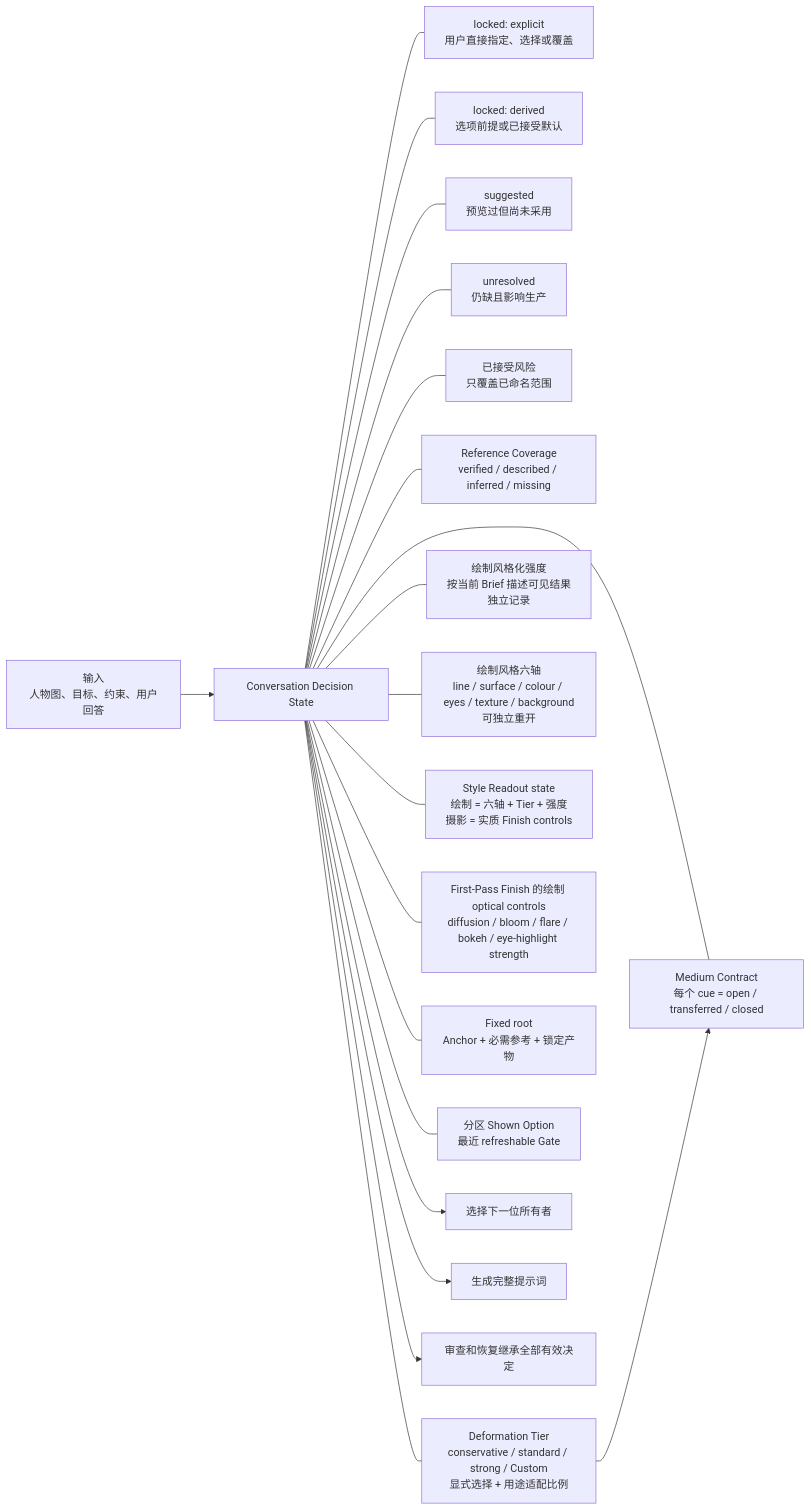
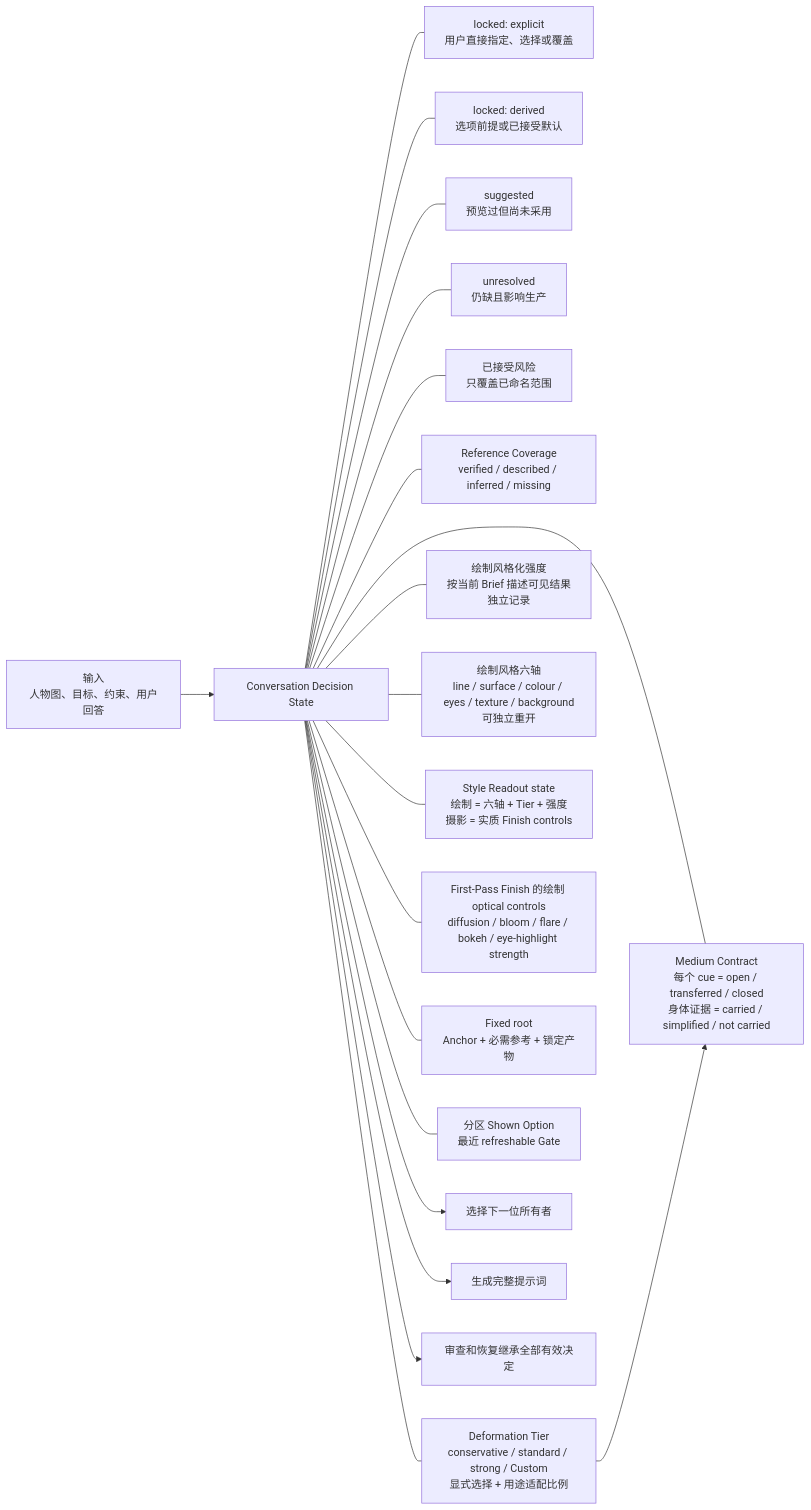
The third of 13 diagrams in docs/architecture.md (cyaoc/cast-me), drawn with Mermaid before and after one commit. The commit also changed other lines of this file and 7 other files, not shown here.

````diff
--- a/docs/architecture.md
+++ b/docs/architecture.md
@@ -143,24 +143,24 @@
 ```mermaid
 flowchart LR
     INPUT["输入<br/>人物图、目标、约束、用户回答"] --> STATE["Conversation Decision State"]
 
     STATE --- E["locked: explicit<br/>用户直接指定、选择或覆盖"]
     STATE --- D["locked: derived<br/>选项前提或已接受默认"]
     STATE --- S["suggested<br/>预览过但尚未采用"]
     STATE --- U["unresolved<br/>仍缺且影响生产"]
     STATE --- RISK["已接受风险<br/>只覆盖已命名范围"]
     STATE --- COVER["Reference Coverage<br/>verified / described / inferred / missing"]
     STATE --- TIER["Deformation Tier<br/>conservative / standard / strong / Custom<br/>显式选择 + 用途适配比例"]
     STATE --- INTENSITY["绘制风格化强度<br/>按当前 Brief 描述可见结果<br/>独立记录"]
     STATE --- AXES["绘制风格六轴<br/>line / surface / colour / eyes / texture / background<br/>可独立重开"]
     STATE --- READOUT["Style Readout state<br/>绘制 = 六轴 + Tier + 强度<br/>摄影 = 实质 Finish controls"]
     STATE --- OPTICAL["First-Pass Finish 的绘制 optical controls<br/>diffusion / bloom / flare / bokeh / eye-highlight strength"]
-    STATE --- MEDIUM["Medium Contract<br/>每个 cue = open / transferred / closed"]
+    STATE --- MEDIUM["Medium Contract<br/>每个 cue = open / transferred / closed<br/>身体证据 = carried / simplified / not carried"]
     STATE --- ROOT["Fixed root<br/>Anchor + 必需参考 + 锁定产物"]
     STATE --- HIST["分区 Shown Option<br/>最近 refreshable Gate"]
 
     STATE --> ROUTE["选择下一位所有者"]
     STATE --> PROMPT["生成完整提示词"]
     STATE --> REVIEW["审查和恢复继承全部有效决定"]
     TIER --> MEDIUM
 ```
````
